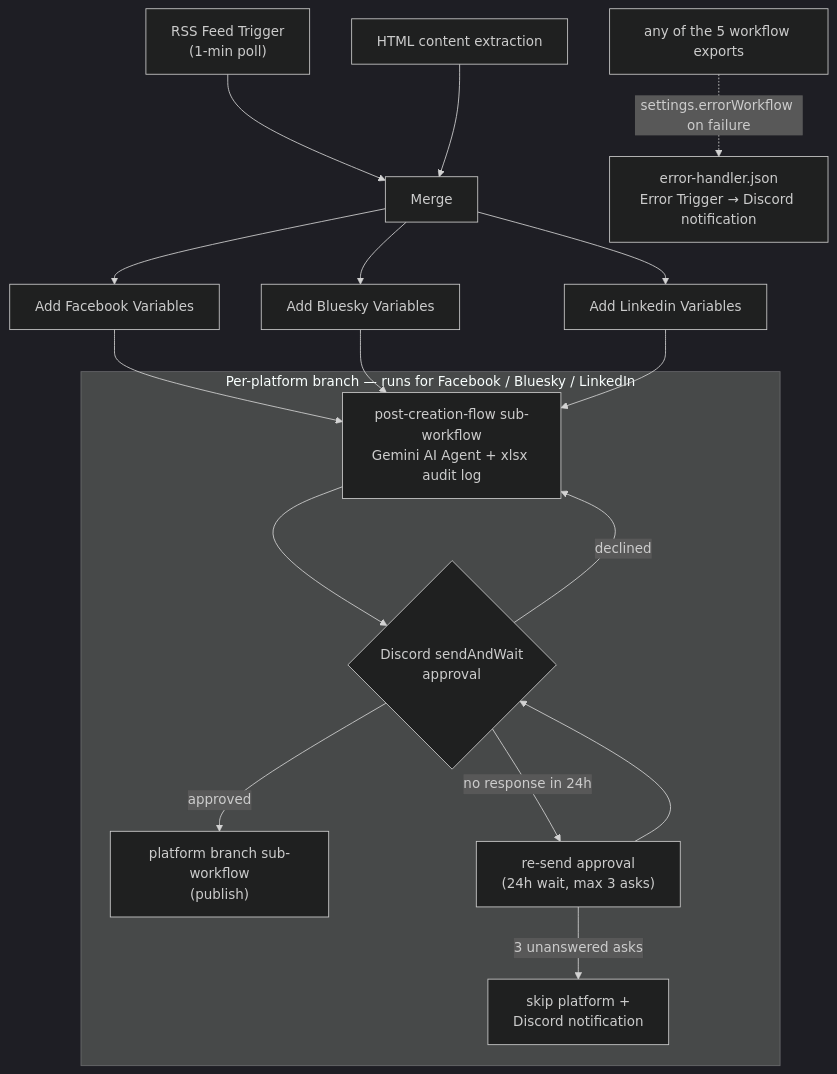
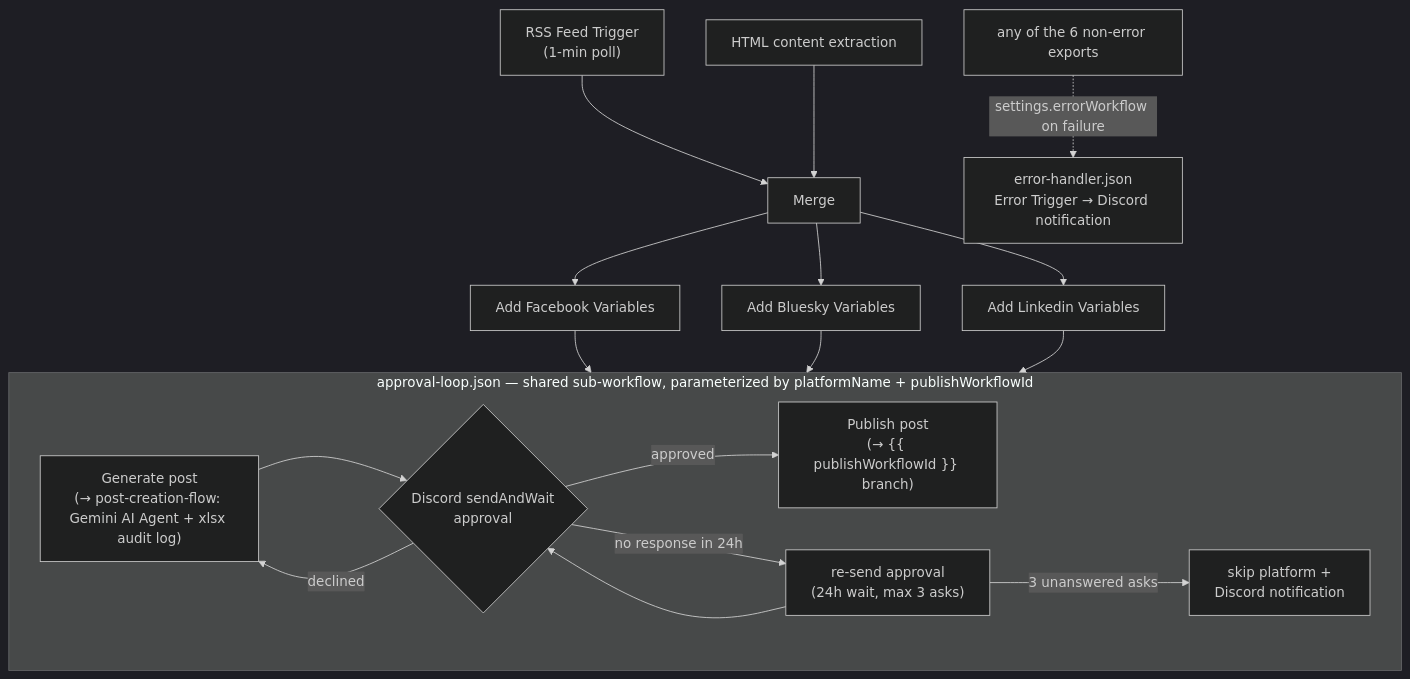
The diagram in README.md (mahmoudhaytham25/rss-social-automation-hitl), drawn with Mermaid (dark theme) before and after one commit. The commit also changed other lines of this file and 6 other files, not shown here.

````diff
--- a/README.md
+++ b/README.md
@@ -63,30 +63,30 @@
 ```mermaid
 flowchart TD
     RSS["RSS Feed Trigger<br/>(1-min poll)"] --> MERGE["Merge"]
     HTML["HTML content extraction"] --> MERGE
 
     MERGE --> FBV["Add Facebook Variables"]
     MERGE --> BSV["Add Bluesky Variables"]
     MERGE --> LIV["Add Linkedin Variables"]
 
-    subgraph LOOP["Per-platform branch — runs for Facebook / Bluesky / LinkedIn"]
-        GEN["post-creation-flow sub-workflow<br/>Gemini AI Agent + xlsx audit log"]
+    subgraph LOOP["approval-loop.json — shared sub-workflow, parameterized by platformName + publishWorkflowId"]
+        GEN["Generate post<br/>(→ post-creation-flow: Gemini AI Agent + xlsx audit log)"]
         WAIT{"Discord sendAndWait<br/>approval"}
-        PUB["platform branch sub-workflow<br/>(publish)"]
+        PUB["Publish post<br/>(→ {{ publishWorkflowId }} branch)"]
         REASK["re-send approval<br/>(24h wait, max 3 asks)"]
         SKIP["skip platform +<br/>Discord notification"]
 
         GEN --> WAIT
         WAIT -->|approved| PUB
         WAIT -->|declined| GEN
         WAIT -->|no response in 24h| REASK
         REASK --> WAIT
         REASK -->|3 unanswered asks| SKIP
     end
 
-    FBV --> GEN
-    BSV --> GEN
-    LIV --> GEN
+    FBV --> LOOP
+    BSV --> LOOP
+    LIV --> LOOP
 
-    ALL["any of the 5 workflow exports"] -.->|"settings.errorWorkflow on failure"| ERR["error-handler.json<br/>Error Trigger → Discord notification"]
+    ALL["any of the 6 non-error exports"] -.->|"settings.errorWorkflow on failure"| ERR["error-handler.json<br/>Error Trigger → Discord notification"]
 ```
````
